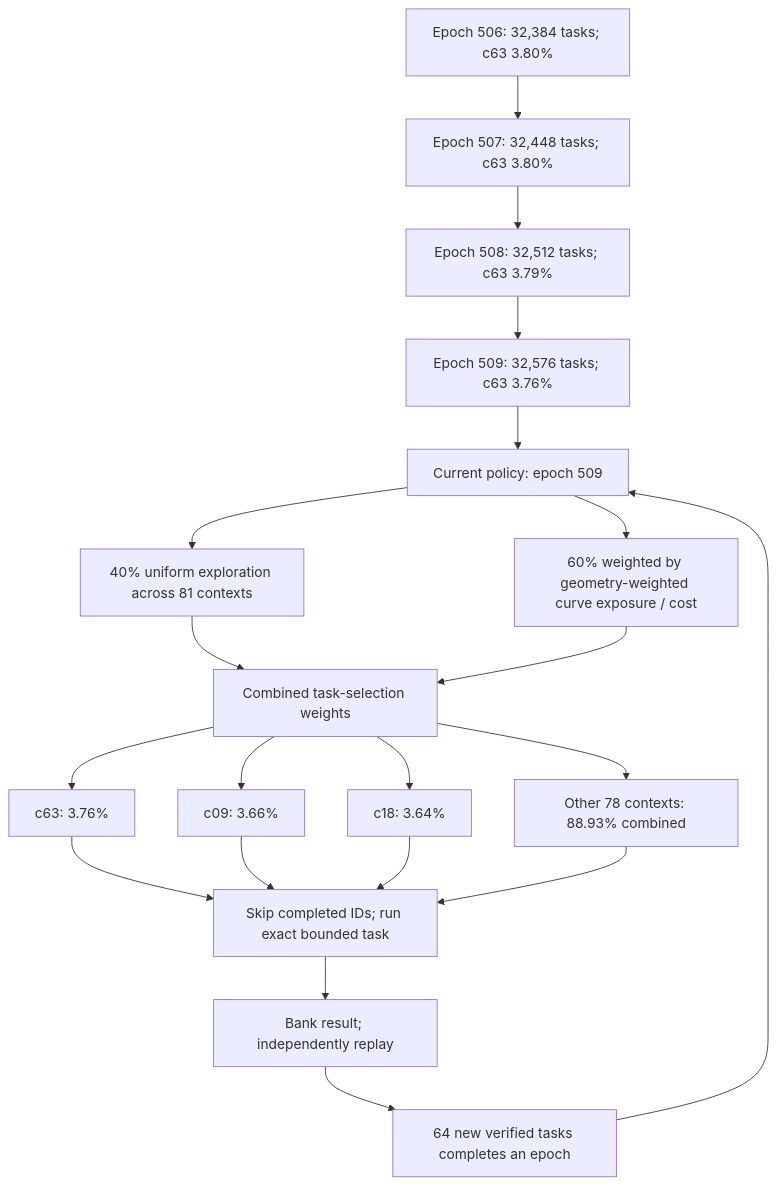
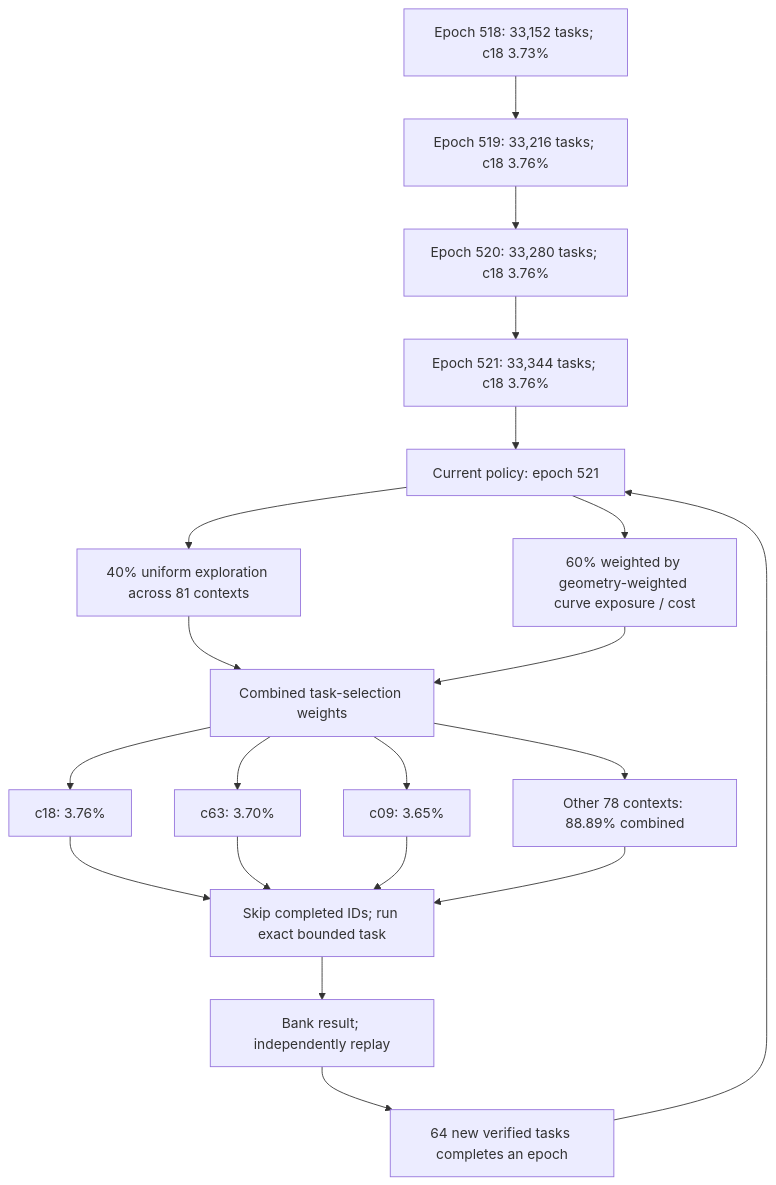
The first of 3 diagrams in README.md (Kuberwastaken/math-gambling), drawn with Mermaid before and after one commit. The commit also changed other lines of this file and 1649 other files, not shown here.

````diff
--- a/README.md
+++ b/README.md
@@ -55,27 +55,27 @@
 ```mermaid
 flowchart TD
-    H0["Epoch 506: 32,384 tasks; c63 3.80%"]
-    H1["Epoch 507: 32,448 tasks; c63 3.80%"]
+    H0["Epoch 518: 33,152 tasks; c18 3.73%"]
+    H1["Epoch 519: 33,216 tasks; c18 3.76%"]
     H0 --> H1
-    H2["Epoch 508: 32,512 tasks; c63 3.79%"]
+    H2["Epoch 520: 33,280 tasks; c18 3.76%"]
     H1 --> H2
-    H3["Epoch 509: 32,576 tasks; c63 3.76%"]
+    H3["Epoch 521: 33,344 tasks; c18 3.76%"]
     H2 --> H3
-    Policy["Current policy: epoch 509"]
+    Policy["Current policy: epoch 521"]
     H3 --> Policy
     Policy --> Explore["40% uniform exploration across 81 contexts"]
     Policy --> Cost["60% weighted by geometry-weighted curve exposure / cost"]
     Explore --> Mix["Combined task-selection weights"]
     Cost --> Mix
-    Mix --> C0["c63: 3.76%"]
-    Mix --> C1["c09: 3.66%"]
-    Mix --> C2["c18: 3.64%"]
-    Mix --> Rest["Other 78 contexts: 88.93% combined"]
+    Mix --> C0["c18: 3.76%"]
+    Mix --> C1["c63: 3.70%"]
+    Mix --> C2["c09: 3.65%"]
+    Mix --> Rest["Other 78 contexts: 88.89% combined"]
     C0 --> Check["Skip completed IDs; run exact bounded task"]
     C1 --> Check
     C2 --> Check
     Rest --> Check
     Check --> Replay["Bank result; independently replay"]
     Replay --> Gate["64 new verified tasks completes an epoch"]
     Gate --> Policy
 ```
````
